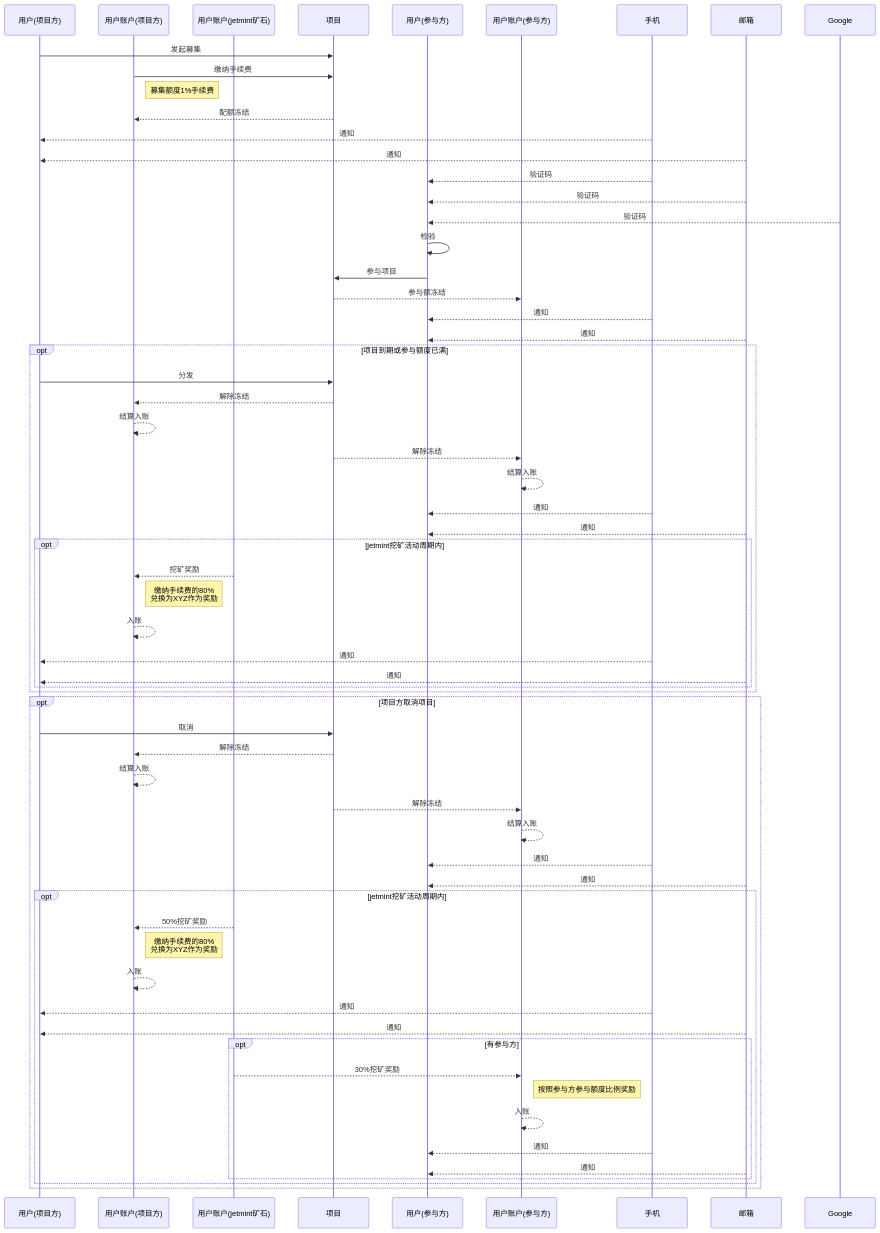
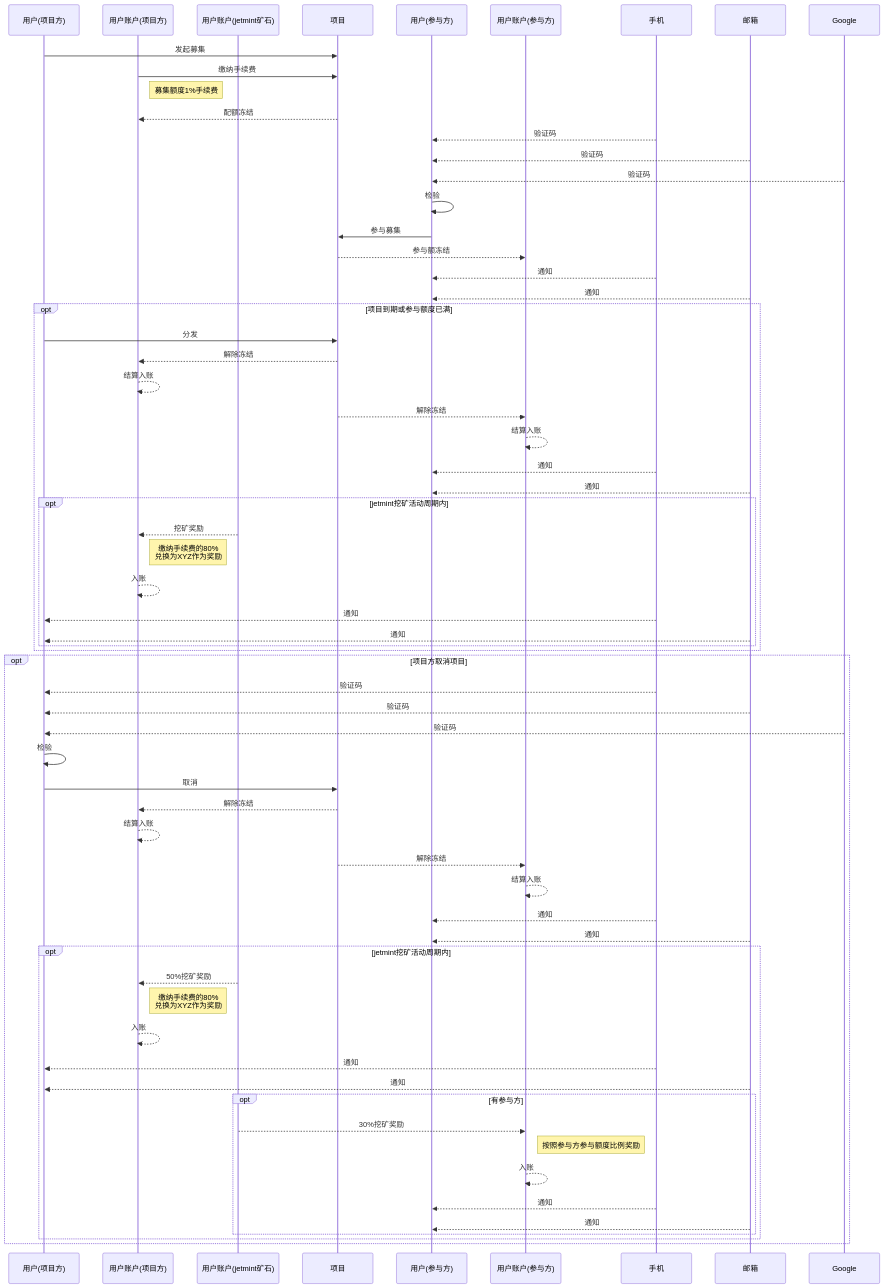
One commit to neomaclin/designdoc changed diagram 11 of 14 in Readme.md. Above: the diagram before and after it, drawn with Mermaid. The commit also changed other lines of this file, not shown here.

````diff
--- a/Readme.md
+++ b/Readme.md
@@ -222,68 +222,70 @@
 ```mermaid
 
 sequenceDiagram
     participant u1 as 用户(项目方)
     participant a1 as 用户账户(项目方)
     participant a3 as 用户账户(jetmint矿石)
     participant pr as 项目
     participant u2 as 用户(参与方)
     participant a2 as 用户账户(参与方)
     participant p as 手机
     participant m as 邮箱
     participant g as Google
 
     u1->>pr: 发起募集
     a1->>pr: 缴纳手续费
     note right of a1:募集额度1%手续费
     pr-->>a1: 配额冻结
-    p-->>u1: 通知
-    m-->>u1: 通知
     p-->>u2: 验证码
     m-->>u2: 验证码
     g-->>u2: 验证码
     u2->>u2: 检验
-    u2->>pr: 参与项目
+    u2->>pr: 参与募集
     pr-->>a2: 参与额冻结
     p-->>u2: 通知
     m-->>u2: 通知
     opt 项目到期或参与额度已满
         u1->>pr: 分发
         pr-->>a1: 解除冻结
         a1-->>a1: 结算入账
         pr-->>a2: 解除冻结
         a2-->>a2: 结算入账
         p-->>u2: 通知
         m-->>u2: 通知
         opt jetmint挖矿活动周期内
             a3-->>a1: 挖矿奖励
             note right of a1:缴纳手续费的80%<br>兑换为XYZ作为奖励 
             a1-->>a1:入账
             p-->>u1: 通知
             m-->>u1: 通知
         end
     end
     opt 项目方取消项目
+        p-->>u1: 验证码
+        m-->>u1: 验证码
+        g-->>u1: 验证码
+        u1->>u1: 检验
         u1->>pr: 取消
         pr-->>a1: 解除冻结
         a1-->>a1: 结算入账
         pr-->>a2: 解除冻结
         a2-->>a2: 结算入账
         p-->>u2: 通知
         m-->>u2: 通知
         opt jetmint挖矿活动周期内
             a3-->>a1: 50%挖矿奖励
             note right of a1:缴纳手续费的80%<br>兑换为XYZ作为奖励 
             a1-->>a1:入账
             p-->>u1: 通知
             m-->>u1: 通知
             opt 有参与方
                 a3-->>a2: 30%挖矿奖励
                 note right of a2:按照参与方参与额度比例奖励 
                 a2-->>a2:入账
                 p-->>u2: 通知
                 m-->>u2: 通知
             end
         end
     end
 
 ```
````
